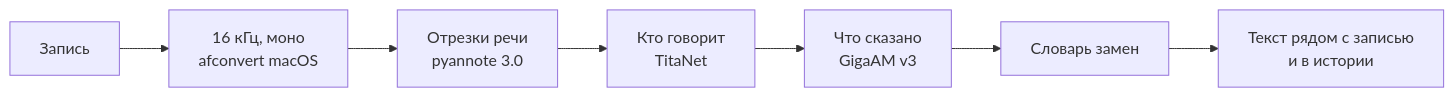
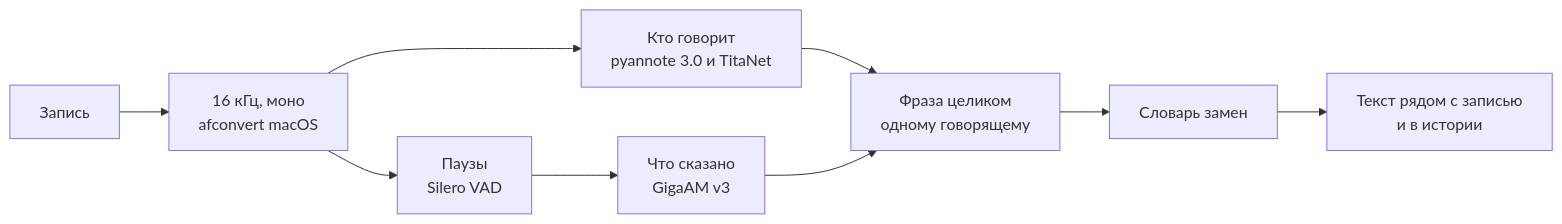
The diagram in README.md (iKapitan/prorech), drawn with Mermaid before and after one commit. The commit also changed other lines of this file and 4 other files, not shown here.

````diff
--- a/README.md
+++ b/README.md
@@ -70,9 +71,11 @@
 ```mermaid
 flowchart LR
   F[Запись] --> A[16 кГц, моно<br>afconvert macOS]
-  A --> B[Отрезки речи<br>pyannote 3.0]
-  B --> C[Кто говорит<br>TitaNet]
-  C --> D[Что сказано<br>GigaAM v3]
-  D --> E[Словарь замен]
+  A --> B[Кто говорит<br>pyannote 3.0 и TitaNet]
+  A --> P[Паузы<br>Silero VAD]
+  P --> D[Что сказано<br>GigaAM v3]
+  B --> G[Фраза целиком<br>одному говорящему]
+  D --> G
+  G --> E[Словарь замен]
   E --> T[Текст рядом с записью<br>и в истории]
 ```
````
